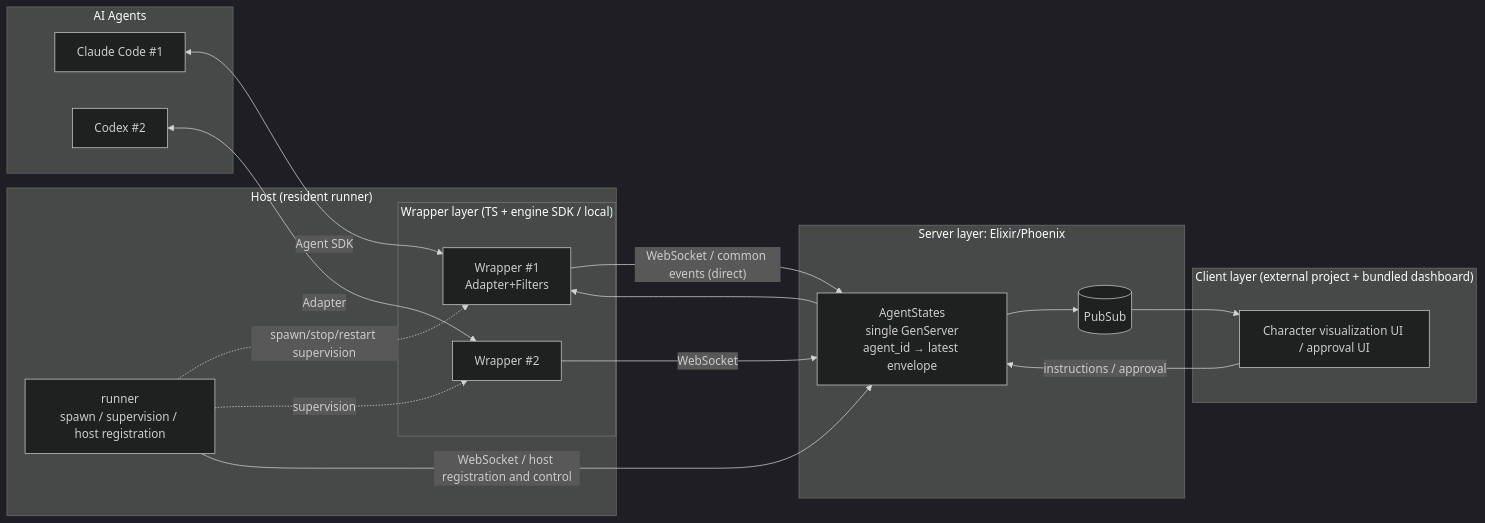
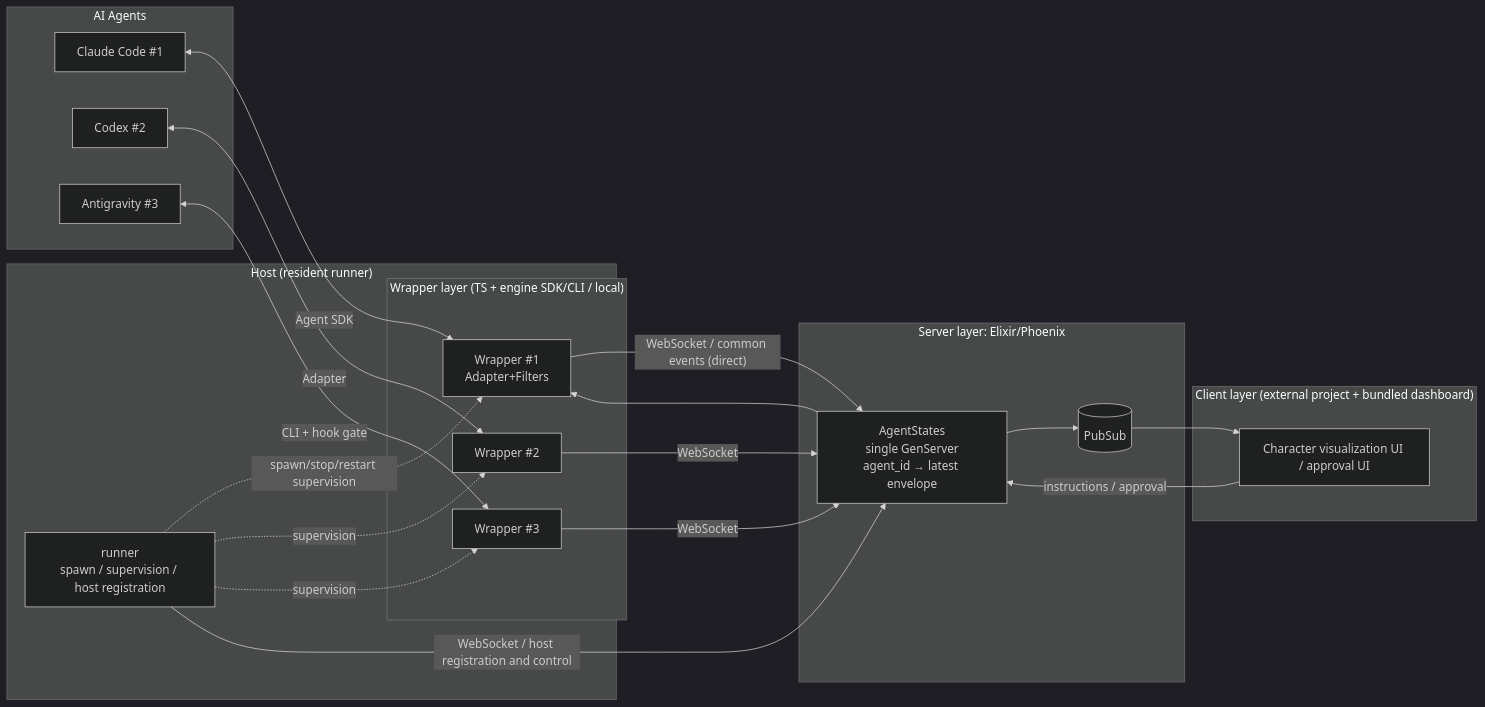
The diagram in docs/architecture/system-overview.md (sakuraiyuta/kaoiro), drawn with Mermaid (dark theme) before and after one commit. The commit also changed other lines of this file and 33 other files, not shown here.

First line of the commit message:
docs(architecture,reference): sync protocol and configuration contracts for issue #425

````diff
--- a/docs/architecture/system-overview.md
+++ b/docs/architecture/system-overview.md
@@ -45,30 +53,35 @@
 ```mermaid
 flowchart LR
   subgraph Agents[AI Agents]
     CC1[Claude Code #1]
     CX[Codex #2]
+    AGY[Antigravity #3]
   end
   subgraph Host["Host (resident runner)"]
     RUN[runner<br/>spawn / supervision / host registration]
-    subgraph Wrappers["Wrapper layer (TS + engine SDK / local)"]
+    subgraph Wrappers["Wrapper layer (TS + engine SDK/CLI / local)"]
       W1[Wrapper #1<br/>Adapter+Filters]
       W2[Wrapper #2]
+      W3[Wrapper #3]
     end
   end
   subgraph Server[Server layer: Elixir/Phoenix]
     REG[AgentStates<br/>single GenServer<br/>agent_id → latest envelope]
     PS[(PubSub)]
   end
   subgraph Clients["Client layer (external project + bundled dashboard)"]
     UI[Character visualization UI / approval UI]
   end
   CC1 <-->|Agent SDK| W1
   CX  <-->|Adapter| W2
+  AGY <-->|CLI + hook gate| W3
   RUN -.->|spawn/stop/restart supervision| W1
   RUN -.->|supervision| W2
+  RUN -.->|supervision| W3
   W1 -->|"WebSocket / common events (direct)"| REG
   W2 -- WebSocket --> REG
+  W3 -- WebSocket --> REG
   RUN -- WebSocket / host registration and control --> REG
   REG --> PS --> UI
   UI -- instructions / approval --> REG --> W1
 ```
````
